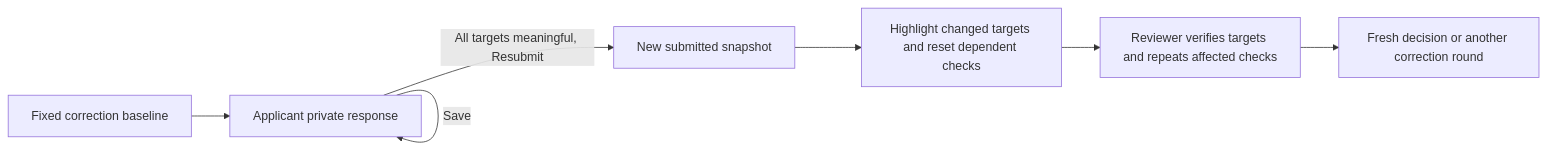
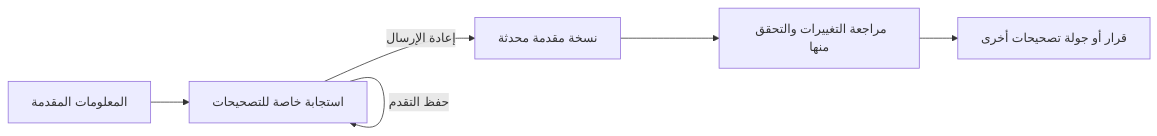
Before and after one commit to mohammed-najib/rifd-financing-demo: the second of 2 diagrams in docs/user-flow.md, drawn with Mermaid. The commit also changed other lines of this file and 62 other files, not shown here.

````diff
--- a/docs/user-flow.md
+++ b/docs/user-flow.md
@@ -30,9 +40,8 @@
 ```mermaid
 flowchart LR
-  Baseline[Fixed correction baseline] --> Private[Applicant private response]
-  Private -->|Save| Private
-  Private -->|All targets meaningful, Resubmit| Snapshot[New submitted snapshot]
-  Snapshot --> Changed[Highlight changed targets and reset dependent checks]
-  Changed --> Verify[Reviewer verifies targets and repeats affected checks]
-  Verify --> Decision[Fresh decision or another correction round]
+  Baseline[المعلومات المقدمة] --> Private[استجابة خاصة للتصحيحات]
+  Private -->|حفظ التقدم| Private
+  Private -->|إعادة الإرسال| Published[نسخة مقدمة محدثة]
+  Published --> Inspect[مراجعة التغييرات والتحقق منها]
+  Inspect --> Next[قرار أو جولة تصحيحات أخرى]
 ```
````
